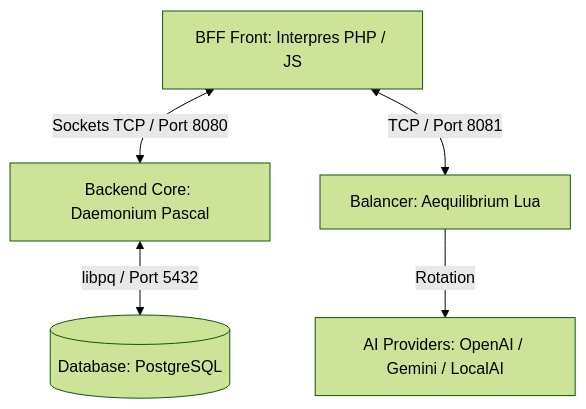
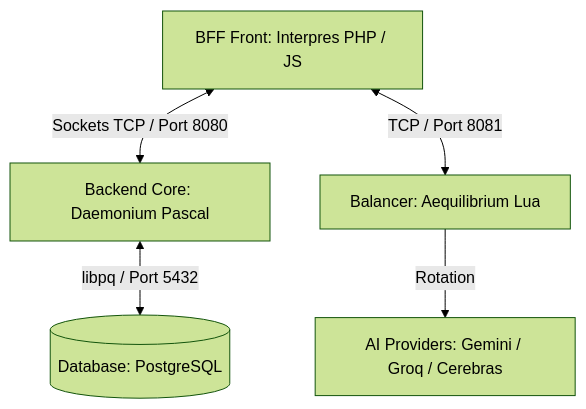
The diagram in README.md (Lotargo/Necromancer), drawn with Mermaid (forest theme) before and after one commit. The commit also changed other lines of this file and 13 other files, not shown here.

````diff
--- a/README.md
+++ b/README.md
@@ -32,7 +32,7 @@
 ```mermaid
 graph TD
     A[BFF Front: Interpres PHP / JS] <-->|Sockets TCP / Port 8080| B[Backend Core: Daemonium Pascal]
     B <-->|libpq / Port 5432| C[(Database: PostgreSQL)]
     A <-->|TCP / Port 8081| D[Balancer: Aequilibrium Lua]
-    D -->|Rotation| E[AI Providers: OpenAI / Gemini / LocalAI]
+    D -->|Rotation| E[AI Providers: Gemini / Groq / Cerebras]
 ```
````
